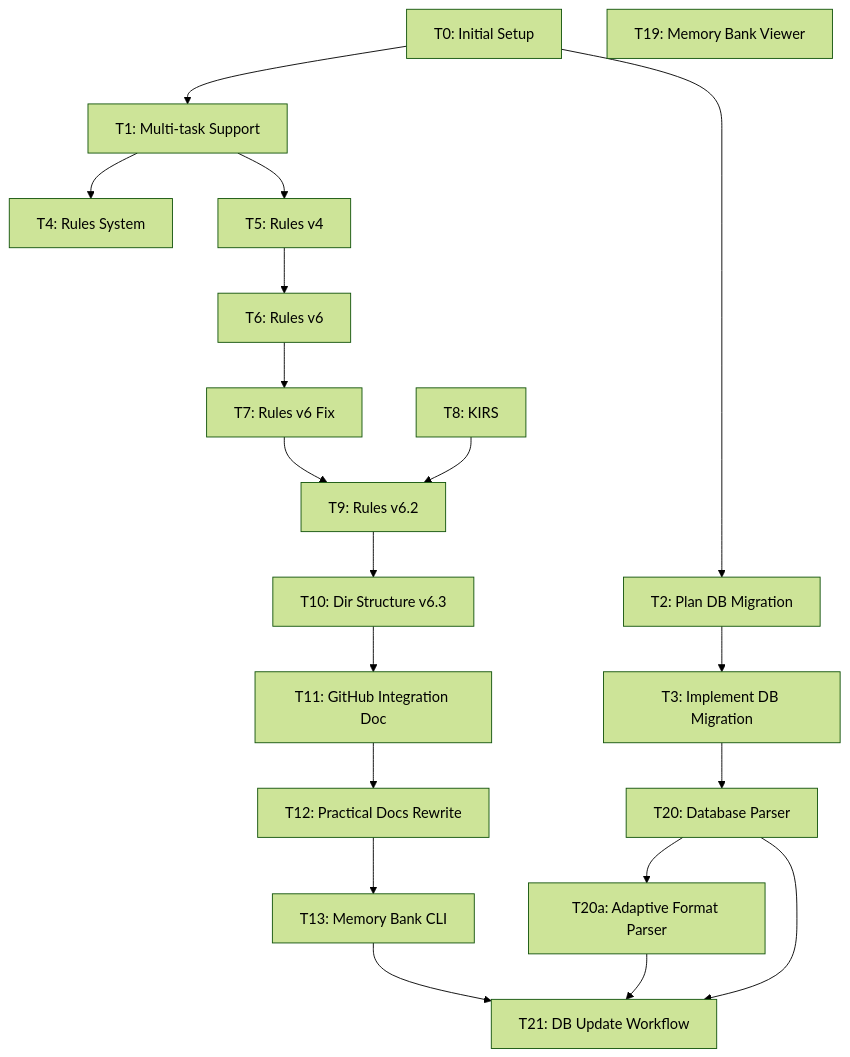
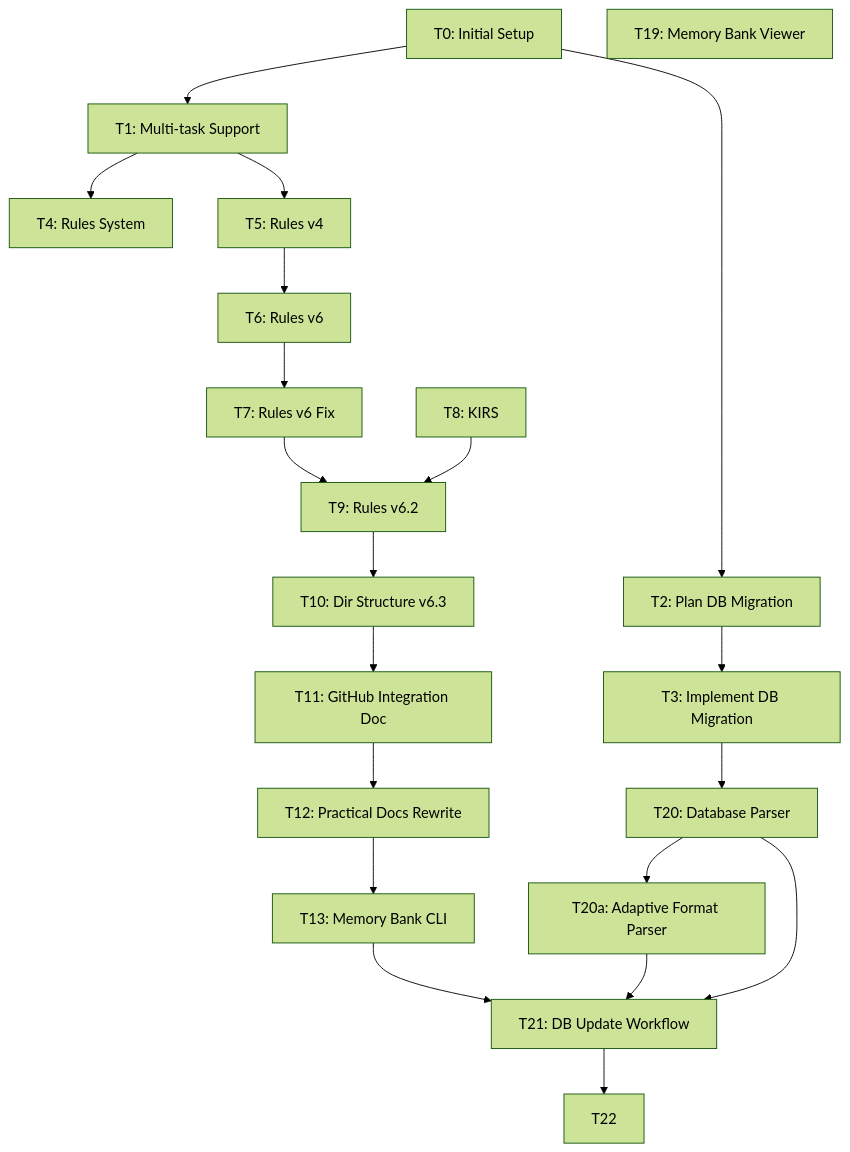
The diagram in memory-bank/tasks.md (space-cadet/memory-bank), drawn with Mermaid (forest theme) before and after one commit. The commit also changed other lines of this file and 18 other files, not shown here.

````diff
--- a/memory-bank/tasks.md
+++ b/memory-bank/tasks.md
@@ -50,40 +51,41 @@
 ```mermaid
 graph TD
     T0[T0: Initial Setup]
     T1[T1: Multi-task Support]
     T2[T2: Plan DB Migration]
     T3[T3: Implement DB Migration]
     T4[T4: Rules System]
     T5[T5: Rules v4]
     T6[T6: Rules v6]
     T7[T7: Rules v6 Fix]
     T8[T8: KIRS]
     T9[T9: Rules v6.2]
     T10[T10: Dir Structure v6.3]
     T11[T11: GitHub Integration Doc]
     T12[T12: Practical Docs Rewrite]
     T13[T13: Memory Bank CLI]
     T19[T19: Memory Bank Viewer]
     T20[T20: Database Parser]
     T20a[T20a: Adaptive Format Parser]
     T21[T21: DB Update Workflow]
 
     T0 --> T1
     T11 --> T12
     T12 --> T13
     T0 --> T2
     T2 --> T3
     T1 --> T4
     T1 --> T5
     T5 --> T6
     T6 --> T7
     T7 --> T9
     T8 --> T9
     T9 --> T10
     T10 --> T11
     T3 --> T20
     T20 --> T20a
     T20 --> T21
     T20a --> T21
     T13 --> T21
+    T21 --> T22
 ```
````
